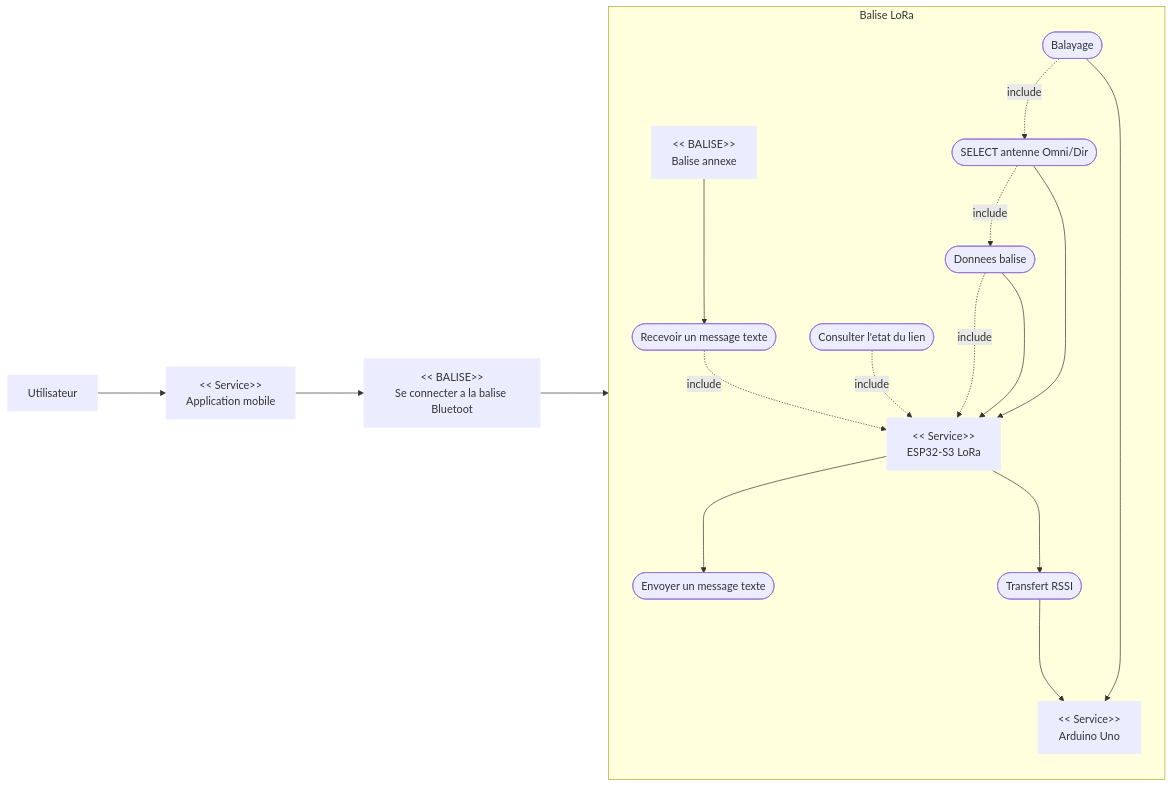
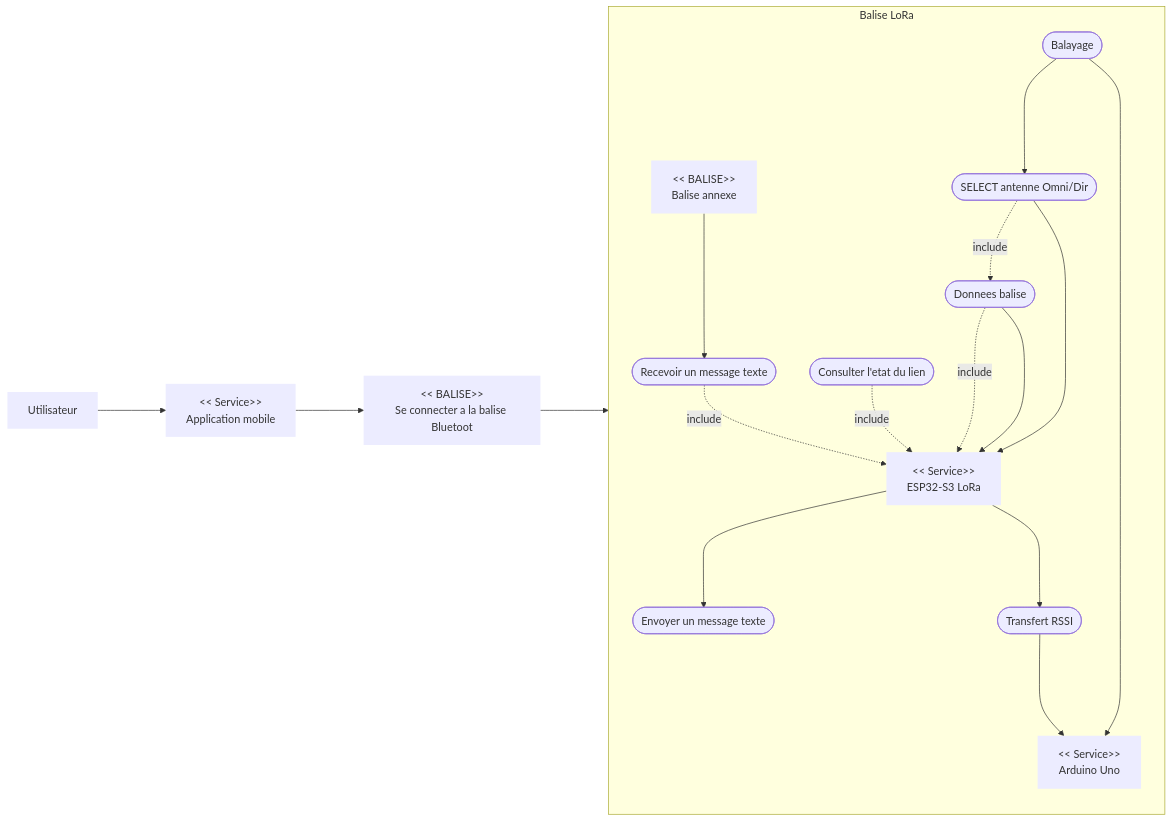
The first of 7 diagrams in Diagrammes_SysML_Projet_LoRa.md (SHU445/Projet-LoRa-72h), drawn with Mermaid before and after one commit.

Commit message:
"CorrectUseCase4.1"

````diff
--- a/Diagrammes_SysML_Projet_LoRa.md
+++ b/Diagrammes_SysML_Projet_LoRa.md
@@ -12,41 +12,41 @@
 ```mermaid
 flowchart LR
   rU["Utilisateur"]:::role
   rAPP["<< Service>>\nApplication mobile"]:::role
   rESP["<< Service>>\nESP32-S3 LoRa"]:::role
   rARD["<< Service>>\nArduino Uno"]:::role
   rCONN["<< BALISE>>\nSe connecter a la balise Bluetoot"]:::role
 
   rOTB["<< BALISE>>\nBalise annexe"]:::role
 
   subgraph S["Balise LoRa"]
     direction TB
     ucSend([Envoyer un message texte])
     ucReceive([Recevoir un message texte])
     ucStatus([Consulter l'etat du lien])
     ucData([Donnees balise])
     ucSelectAntenna([SELECT antenne Omni/Dir])
     ucScan([Balayage])
     ucRssi([Transfert RSSI])
 
     rESP ---> ucSend
     ucReceive -. include .-> rESP
     ucStatus -. include .-> rESP
     ucData -. include .-> rESP
     ucSelectAntenna -. include .-> ucData
-    ucScan -. include .-> ucSelectAntenna
+    ucScan ---> ucSelectAntenna
     rESP ---> ucRssi ---> rARD
     rOTB ---> ucReceive
   end
 
   rU ---> rAPP
   rAPP ---> rCONN
   rCONN ---> rESP
 
   ucData ---> rESP
   ucSelectAntenna ---> rESP
 
   ucScan ---> rARD
 
   classDef role stroke-width:0px;
 ```
````
